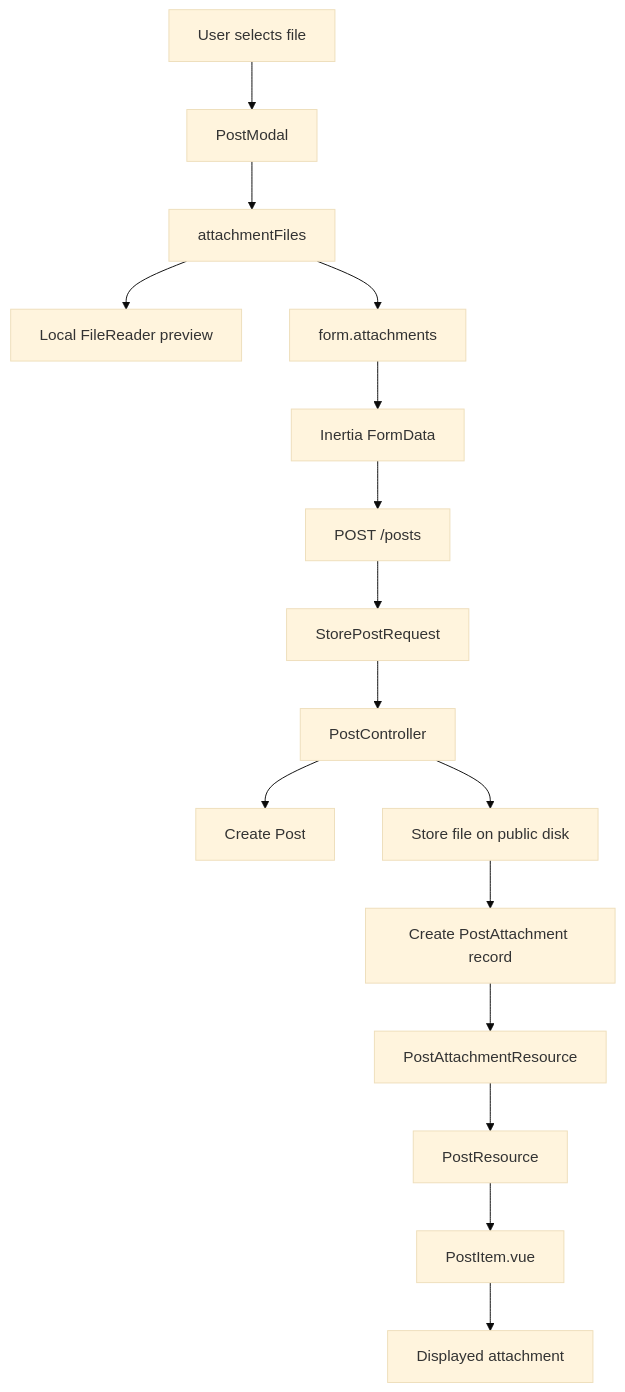
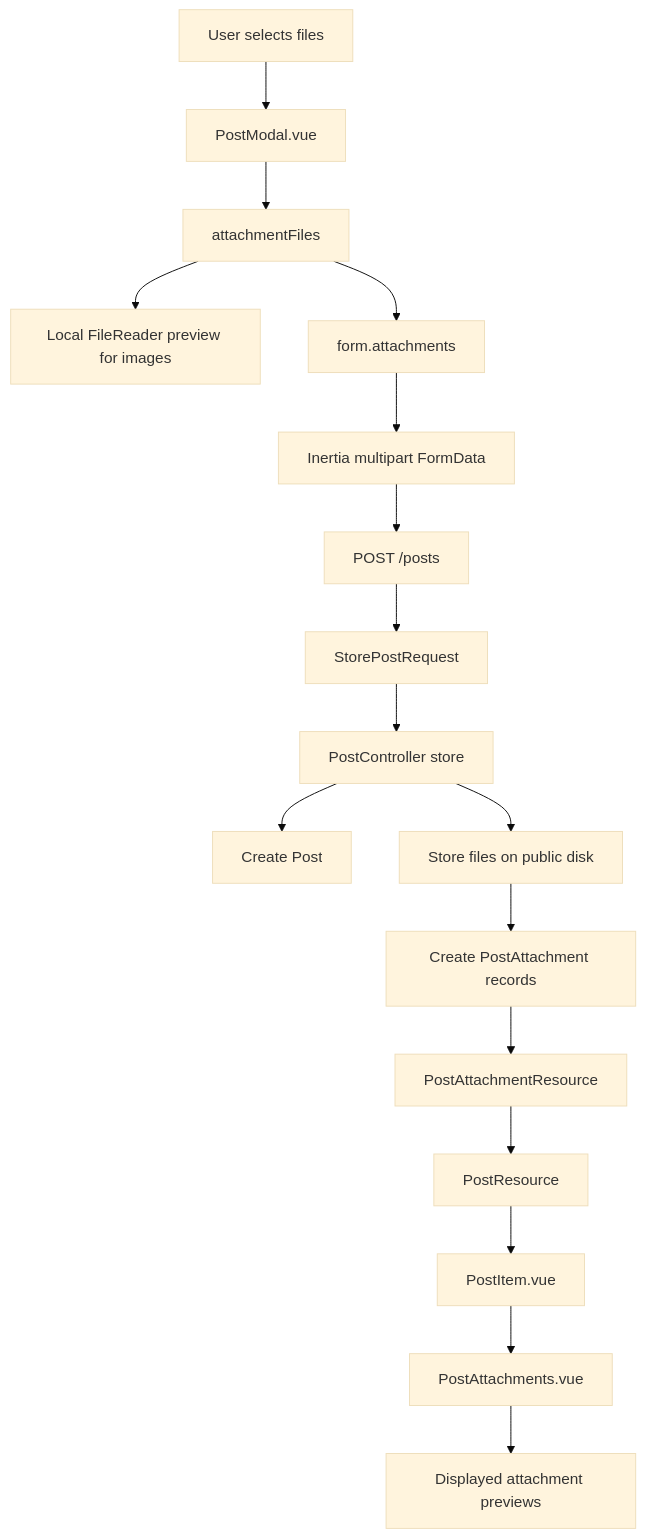
One commit to Paradox-Work/Poet-Web changed the first of 2 diagrams in docs/attachment-flow.md. Above: the diagram before and after it, drawn with Mermaid (base theme). The commit also changed other lines of this file, not shown here.

Commit message:
docs: update attachment upload flow

````diff
--- a/docs/attachment-flow.md
+++ b/docs/attachment-flow.md
@@ -3,24 +13,37 @@
 ```mermaid
 flowchart TD
-    A[User selects file] --> B[PostModal]
-    B --> C[attachmentFiles]
-    C --> D[Local FileReader preview]
+    A[User selects files]
+    B[PostModal.vue]
+    C[attachmentFiles]
+    D[Local FileReader preview for images]
+    E[form.attachments]
+    F[Inertia multipart FormData]
+    G[POST /posts]
+    H[StorePostRequest]
+    I[PostController store]
+    J[Create Post]
+    K[Store files on public disk]
+    L[Create PostAttachment records]
+    M[PostAttachmentResource]
+    N[PostResource]
+    O[PostItem.vue]
+    P[PostAttachments.vue]
+    Q[Displayed attachment previews]
 
-    C --> E[form.attachments]
-    E --> F[Inertia FormData]
-    F --> G[POST /posts]
-
-    G --> H[StorePostRequest]
-    H --> I[PostController]
-
-    I --> J[Create Post]
-    I --> K[Store file on public disk]
-
-    K --> L[Create PostAttachment record]
-
-    L --> M[PostAttachmentResource]
-    M --> N[PostResource]
-    N --> O[PostItem.vue]
-
-    O --> P[Displayed attachment]
+    A --> B
+    B --> C
+    C --> D
+    C --> E
+    E --> F
+    F --> G
+    G --> H
+    H --> I
+    I --> J
+    I --> K
+    K --> L
+    L --> M
+    M --> N
+    N --> O
+    O --> P
+    P --> Q
 ```
````
